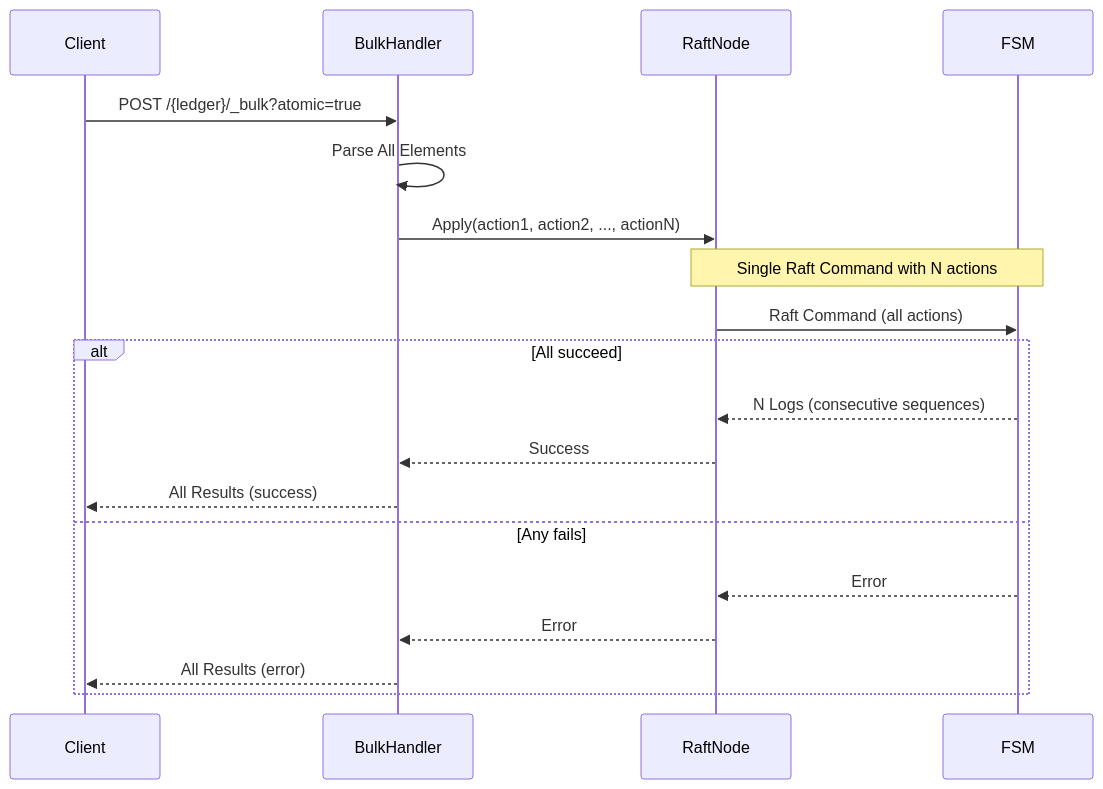
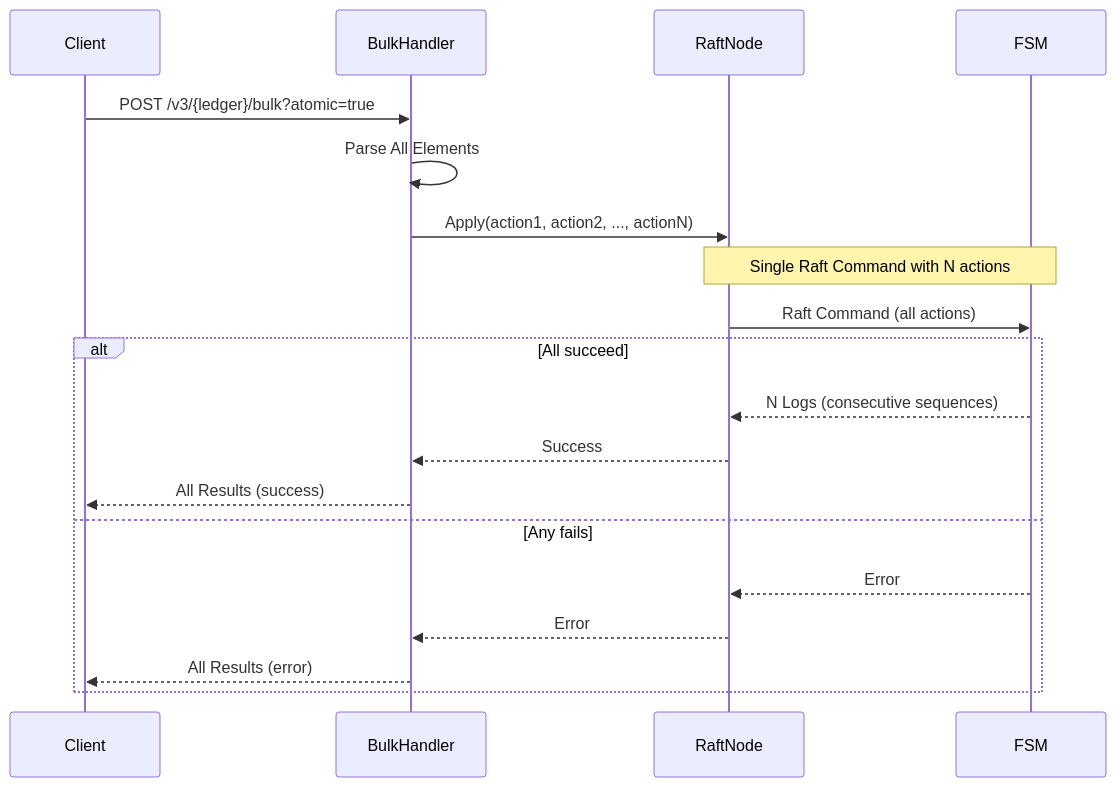
One commit to formancehq/ledger changed the tenth of 11 diagrams in docs/technical/architecture/data-flows.md. Above: the diagram before and after it, drawn with Mermaid. The commit also changed other lines of this file and 9 other files, not shown here.

First line of the commit message:
fix(EN-1466): drop /_bulk alias and fix continueOnFailure=true status

````diff
--- a/docs/technical/architecture/data-flows.md
+++ b/docs/technical/architecture/data-flows.md
@@ -671,22 +671,22 @@
 ```mermaid
 sequenceDiagram
     participant Client
     participant BulkHandler
     participant RaftNode
     participant FSM
     
-    Client->>BulkHandler: POST /{ledger}/_bulk?atomic=true
+    Client->>BulkHandler: POST /v3/{ledger}/bulk?atomic=true
     BulkHandler->>BulkHandler: Parse All Elements
     BulkHandler->>RaftNode: Apply(action1, action2, ..., actionN)
     Note over RaftNode,FSM: Single Raft Command with N actions
     RaftNode->>FSM: Raft Command (all actions)
     alt All succeed
         FSM-->>RaftNode: N Logs (consecutive sequences)
         RaftNode-->>BulkHandler: Success
         BulkHandler-->>Client: All Results (success)
     else Any fails
         FSM-->>RaftNode: Error
         RaftNode-->>BulkHandler: Error
         BulkHandler-->>Client: All Results (error)
     end
 ```
````
